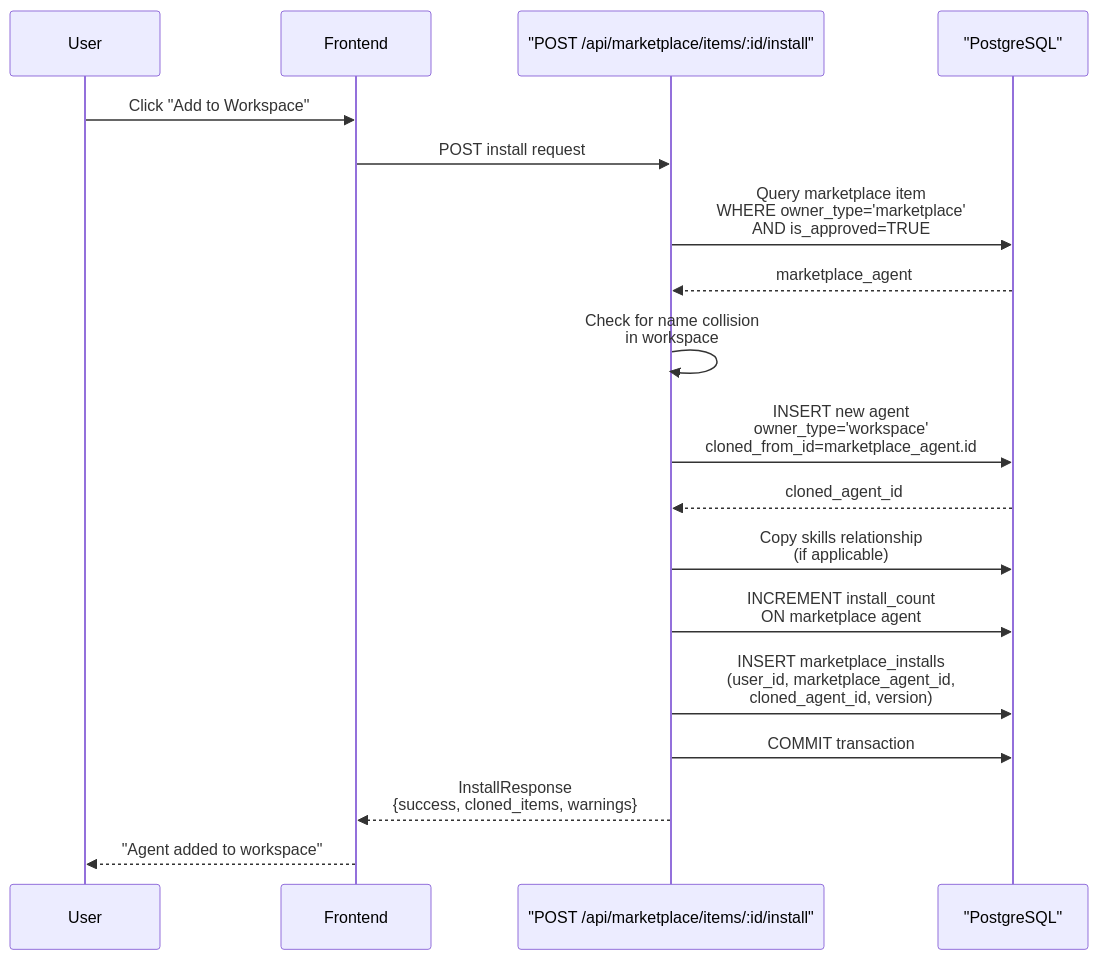
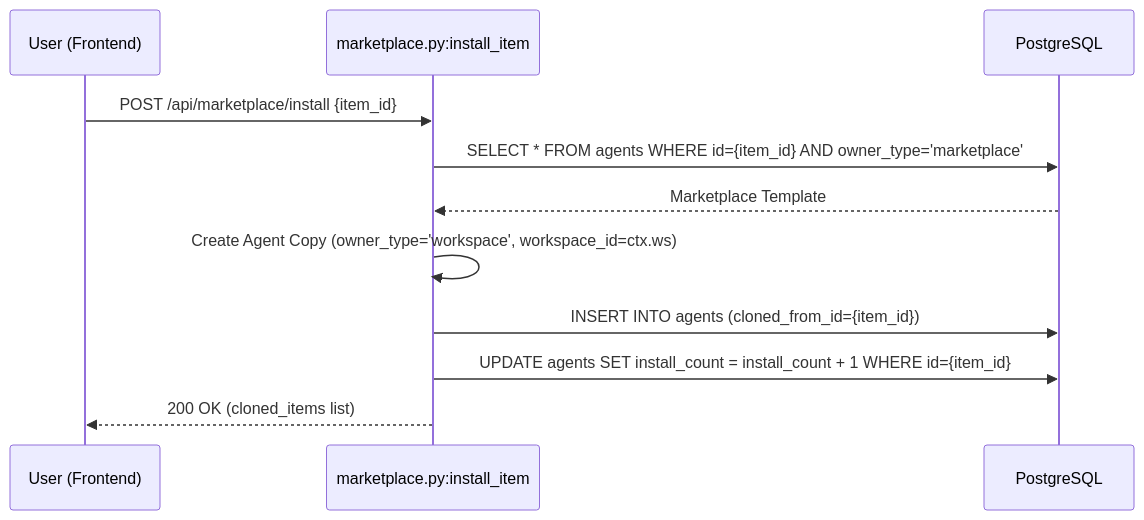
Before and after one commit to AutomatosAI/automatos-ai: the second of 3 diagrams in docs/community-marketplace/marketplace-backend.md, drawn with Mermaid. The commit also changed other lines of this file and 149 other files, not shown here.

Commit message:
docs: refresh documentation with graphify semantic scan

````diff
--- a/docs/community-marketplace/marketplace-backend.md
+++ b/docs/community-marketplace/marketplace-backend.md
@@ -187,29 +99,14 @@
 ```mermaid
 sequenceDiagram
-    participant User
-    participant Frontend
-    participant API as "POST /api/marketplace/items/:id/install"
-    participant DB as "PostgreSQL"
-    
-    User->>Frontend: Click "Add to Workspace"
-    Frontend->>API: POST install request
-    
-    API->>DB: Query marketplace item<br/>WHERE owner_type='marketplace'<br/>AND is_approved=TRUE
-    DB-->>API: marketplace_agent
-    
-    API->>API: Check for name collision<br/>in workspace
-    
-    API->>DB: INSERT new agent<br/>owner_type='workspace'<br/>cloned_from_id=marketplace_agent.id
-    DB-->>API: cloned_agent_id
-    
-    API->>DB: Copy skills relationship<br/>(if applicable)
-    
-    API->>DB: INCREMENT install_count<br/>ON marketplace agent
-    
-    API->>DB: INSERT marketplace_installs<br/>(user_id, marketplace_agent_id,<br/>cloned_agent_id, version)
-    
-    API->>DB: COMMIT transaction
-    
-    API-->>Frontend: InstallResponse<br/>{success, cloned_items, warnings}
-    Frontend-->>User: "Agent added to workspace"
+    participant U as User (Frontend)
+    participant API as marketplace.py:install_item
+    participant DB as PostgreSQL
+
+    U->>API: POST /api/marketplace/install {item_id}
+    API->>DB: SELECT * FROM agents WHERE id={item_id} AND owner_type='marketplace'
+    DB-->>API: Marketplace Template
+    API->>API: Create Agent Copy (owner_type='workspace', workspace_id=ctx.ws)
+    API->>DB: INSERT INTO agents (cloned_from_id={item_id})
+    API->>DB: UPDATE agents SET install_count = install_count + 1 WHERE id={item_id}
+    API-->>U: 200 OK (cloned_items list)
 ```
````
